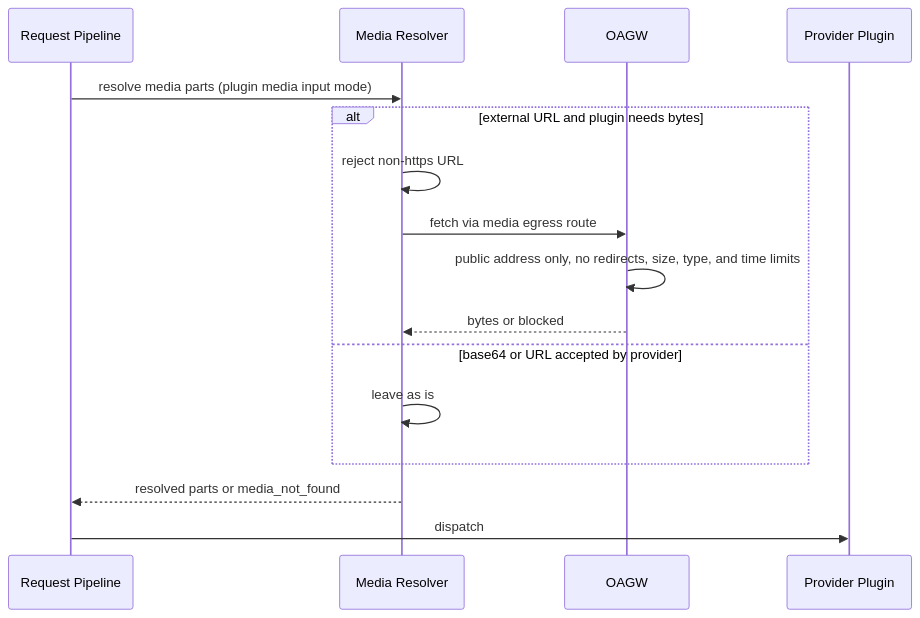
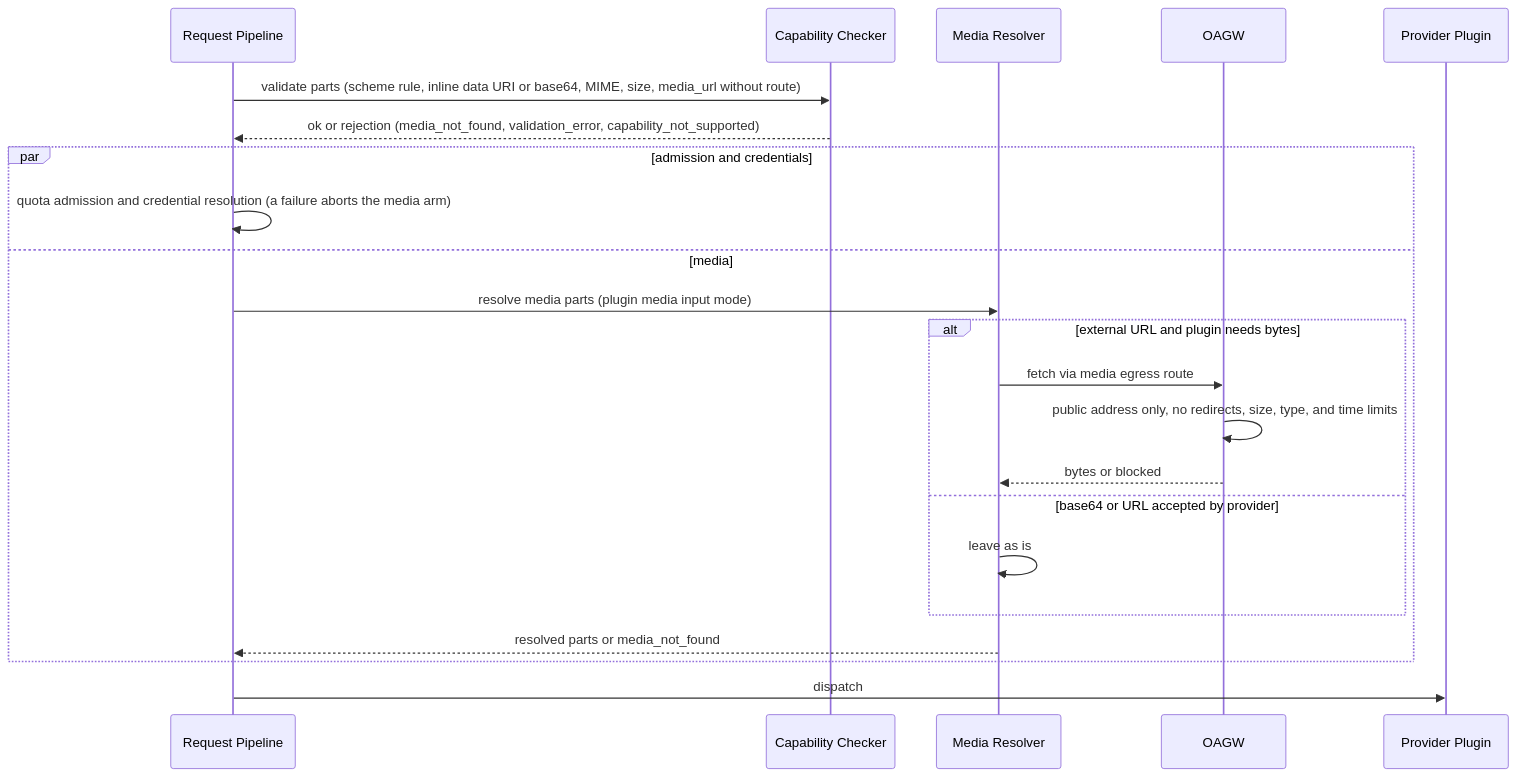
One commit to constructorfabric/gears-rust changed diagram 11 of 15 in gears/llm-gateway/docs/DESIGN.md. Above: the diagram before and after it, drawn with Mermaid. The commit also changed other lines of this file and 22 other files, not shown here.

````diff
--- a/gears/llm-gateway/docs/DESIGN.md
+++ b/gears/llm-gateway/docs/DESIGN.md
@@ -1098,18 +1105,24 @@
 ```mermaid
 sequenceDiagram
     participant P as Request Pipeline
+    participant CC as Capability Checker
     participant M as Media Resolver
     participant O as OAGW
     participant PL as Provider Plugin
-    P->>M: resolve media parts (plugin media input mode)
-    alt external URL and plugin needs bytes
-        M->>M: reject non-https URL
-        M->>O: fetch via media egress route
-        O->>O: public address only, no redirects, size, type, and time limits
-        O-->>M: bytes or blocked
-    else base64 or URL accepted by provider
-        M->>M: leave as is
+    P->>CC: validate parts (scheme rule, inline data URI or base64, MIME, size, media_url without route)
+    CC-->>P: ok or rejection (media_not_found, validation_error, capability_not_supported)
+    par admission and credentials
+        P->>P: quota admission and credential resolution (a failure aborts the media arm)
+    and media
+        P->>M: resolve media parts (plugin media input mode)
+        alt external URL and plugin needs bytes
+            M->>O: fetch via media egress route
+            O->>O: public address only, no redirects, size, type, and time limits
+            O-->>M: bytes or blocked
+        else base64 or URL accepted by provider
+            M->>M: leave as is
+        end
+        M-->>P: resolved parts or media_not_found
     end
-    M-->>P: resolved parts or media_not_found
     P->>PL: dispatch
 ```
````
